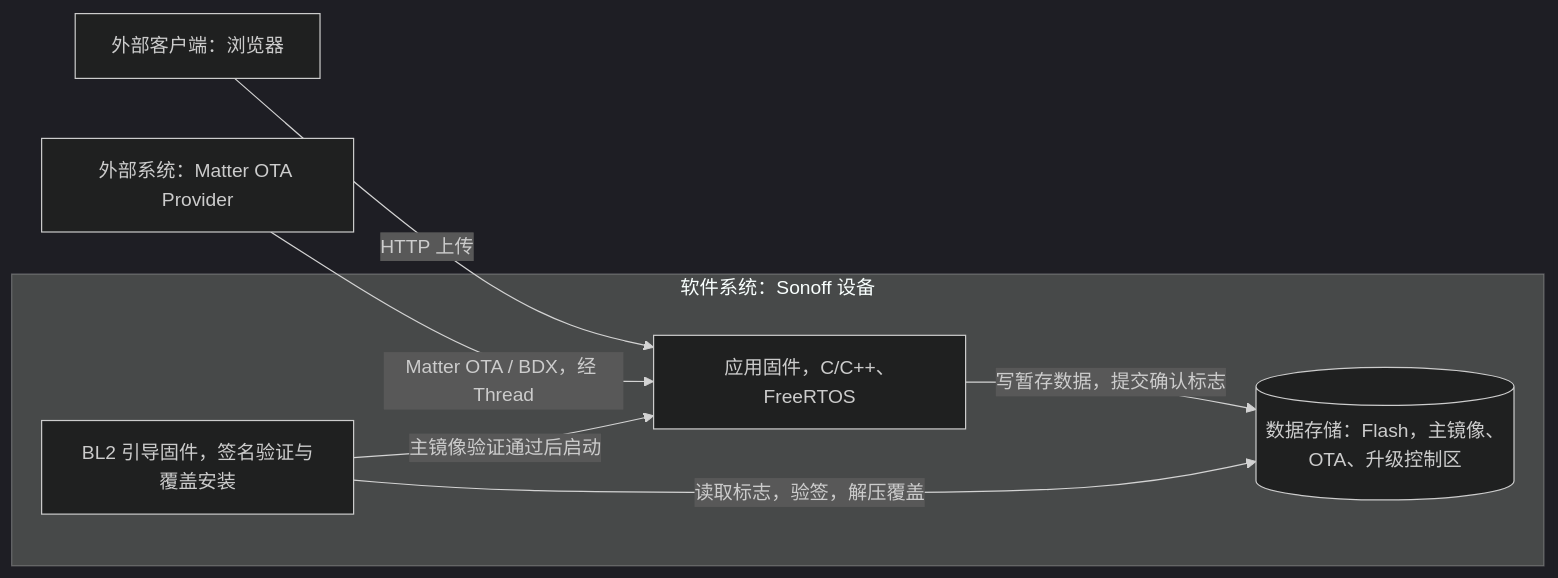
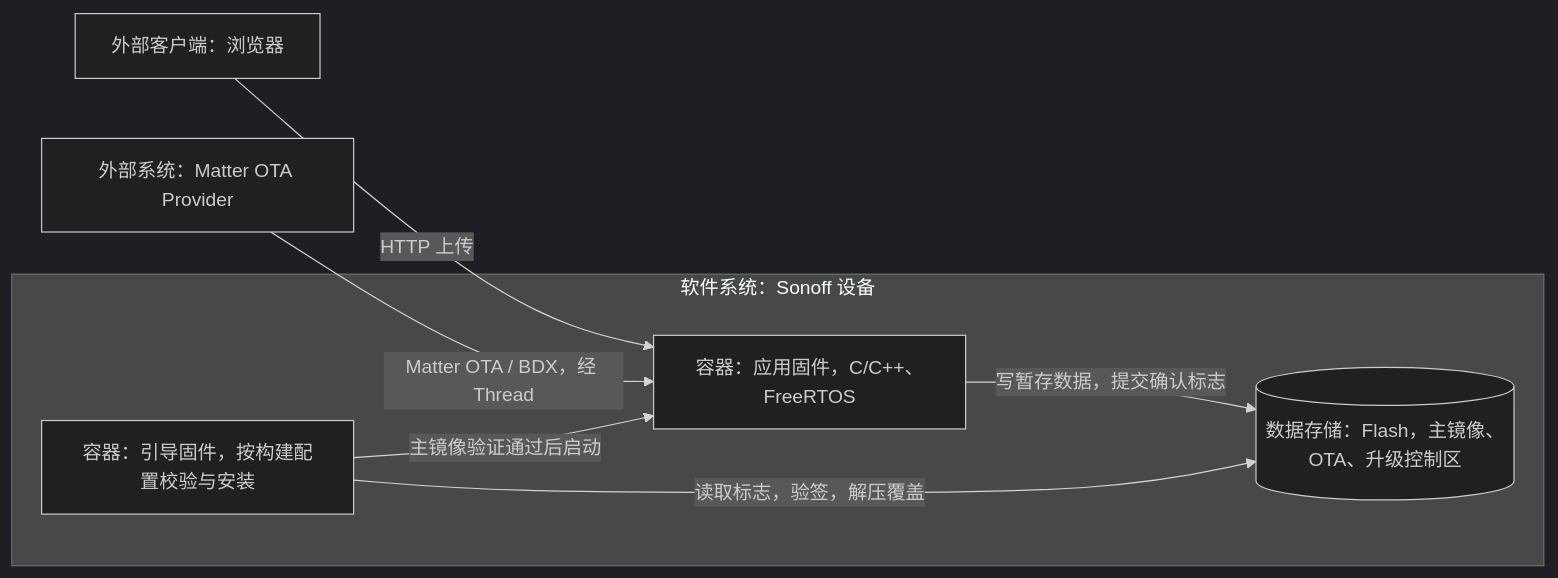
Before and after one commit to dragonxiaoex/bk7239: the first of 5 diagrams in docs/ota.md, drawn with Mermaid (dark theme). The commit also changed other lines of this file and 58 other files, not shown here.

````diff
--- a/docs/ota.md
+++ b/docs/ota.md
@@ -19,15 +19,15 @@
 ```mermaid
 flowchart LR
     browser["外部客户端：浏览器"]
     provider["外部系统：Matter OTA Provider"]
     subgraph device ["软件系统：Sonoff 设备"]
-        firmware["应用固件，C/C++、FreeRTOS"]
-        loader["BL2 引导固件，签名验证与覆盖安装"]
+        firmware["容器：应用固件，C/C++、FreeRTOS"]
+        loader["容器：引导固件，按构建配置校验与安装"]
         imageStore[("数据存储：Flash，主镜像、OTA、升级控制区")]
     end
     browser -->|"HTTP 上传"| firmware
     provider -->|"Matter OTA / BDX，经 Thread"| firmware
     firmware -->|"写暂存数据，提交确认标志"| imageStore
     loader -->|"读取标志，验签，解压覆盖"| imageStore
     loader -->|"主镜像验证通过后启动"| firmware
 ```
````
